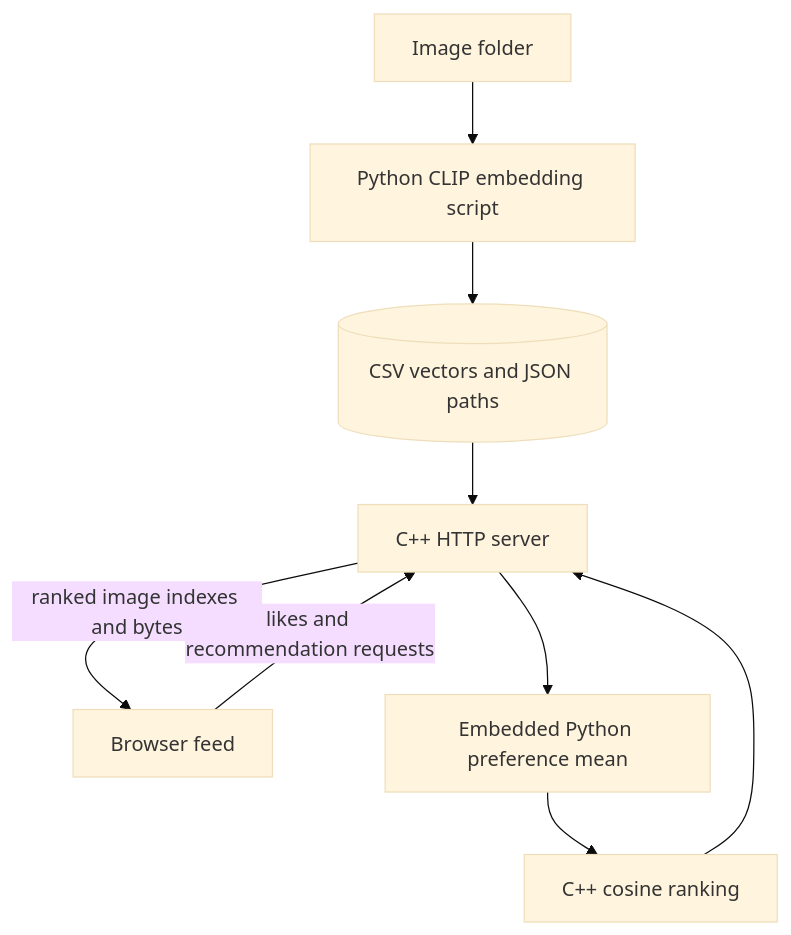
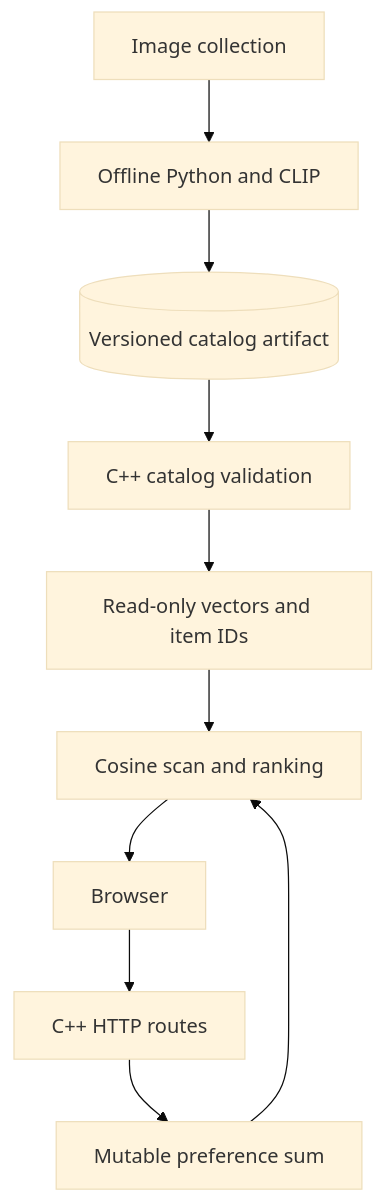
The diagram in README.md (Albert-bit07/Memewebsite), drawn with Mermaid (base theme) before and after one commit. The commit also changed other lines of this file and 15 other files, not shown here.

Commit message:
Separate native recommendation serving from offline embedding generation (#3)

````diff
--- a/README.md
+++ b/README.md
@@ -20,11 +9,12 @@
 ```mermaid
 flowchart TD
-  I[Image folder] --> E[Python CLIP embedding script]
-  E --> F[(CSV vectors and JSON paths)]
-  F --> S[C++ HTTP server]
-  B[Browser feed] -->|likes and recommendation requests| S
-  S --> P[Embedded Python preference mean]
-  P --> R[C++ cosine ranking]
+  I[Image collection] --> P[Offline Python and CLIP]
+  P --> A[(Versioned catalog artifact)]
+  A --> V[C++ catalog validation]
+  V --> R[Read-only vectors and item IDs]
+  B[Browser] --> H[C++ HTTP routes]
+  H --> U[Mutable preference sum]
+  U --> S[Cosine scan and ranking]
   R --> S
-  S -->|ranked image indexes and bytes| B
+  S --> B
 ```
````
